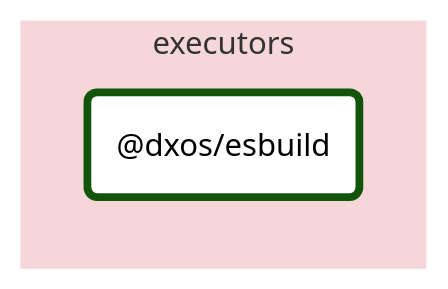
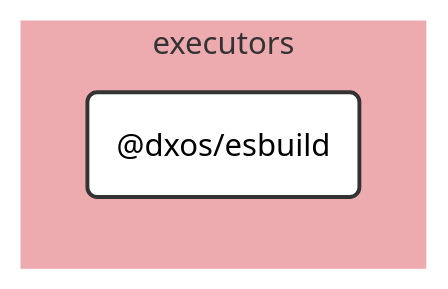
Before and after one commit to dxos/dxos: the diagram in tools/executors/esbuild/docs/README.md, drawn with Mermaid (forest theme). The commit also changed 100 other files, not shown here.

````diff
--- a/tools/executors/esbuild/docs/README.md
+++ b/tools/executors/esbuild/docs/README.md
@@ -7,12 +7,25 @@
 ```mermaid
-flowchart LR;
+%%{ init: {'flowchart':{'curve':'basis'}} }%%
 
-style dxos/esbuild fill:#fff,stroke-width:4px;
+flowchart LR
+
+%% Links
+
+%% Sections
+subgraph executors
+  style executors fill:#edabb0,stroke:#fff;
+
+  dxos/esbuild("@dxos/esbuild")
+end
 
 
-subgraph executors
-  style executors fill:#f5d6d9,stroke:#fff;
-  dxos/esbuild("@dxos/esbuild");
-end
+%% Hyperlinks
+
+%% Styles
+classDef rootNode fill:#fff,stroke:#333,stroke-width:2px
+classDef defaultNode fill:#fff,stroke:#333,stroke-width:1px
+linkStyle default stroke:#333,stroke-width:1px
+
+dxos/esbuild:::rootNode
 
 ```
````
